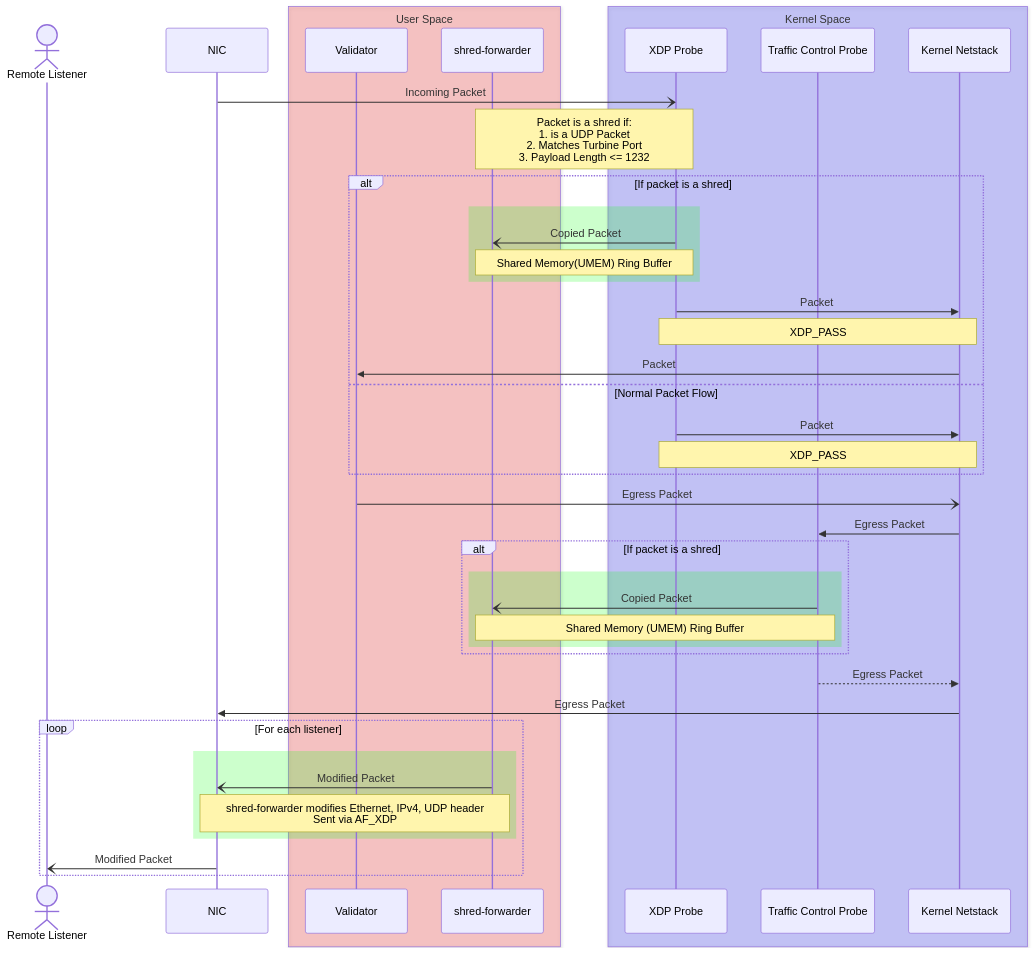
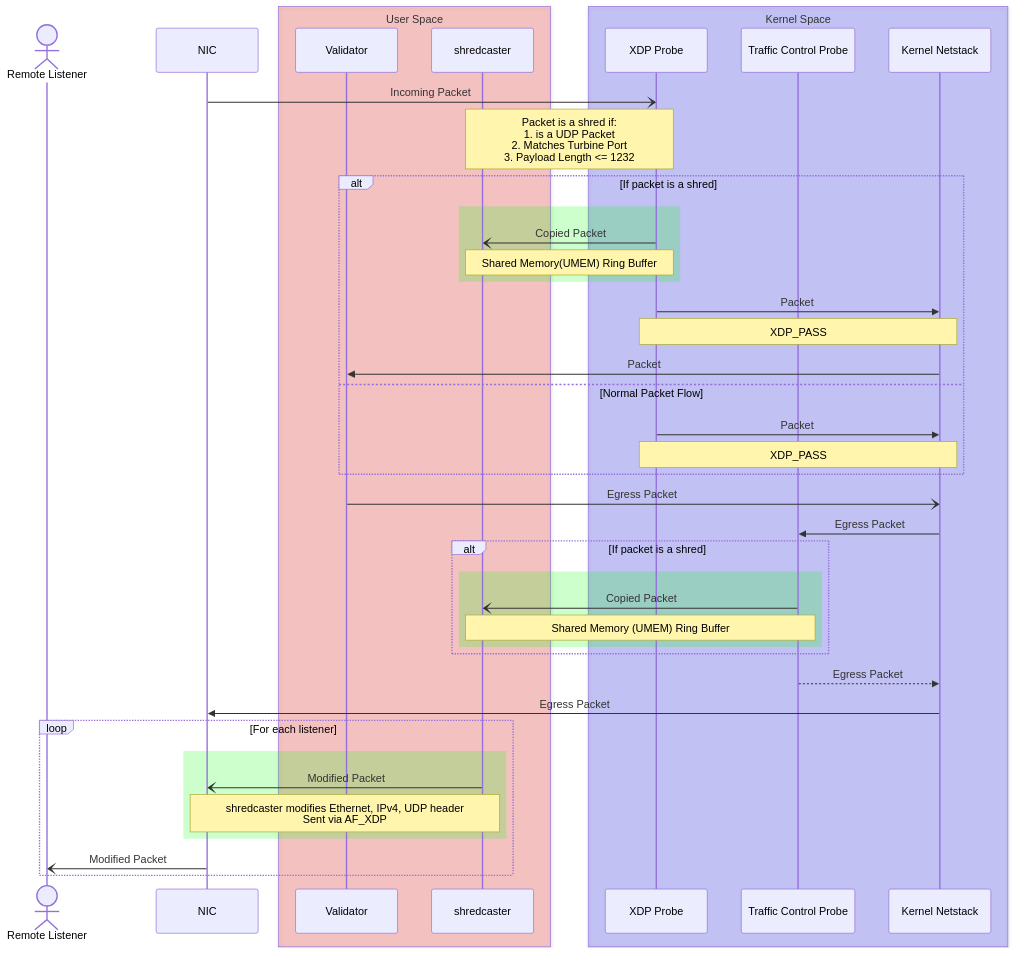
One commit to Overclock-Validator/shredcaster changed the diagram in README.md. Above: the diagram before and after it, drawn with Mermaid. The commit also changed other lines of this file and 6 other files, not shown here.

````diff
--- a/README.md
+++ b/README.md
@@ -7,49 +7,49 @@
 ```mermaid
 sequenceDiagram
     actor RL as Remote Listener
     participant NIC
 
     box rgba(255, 0, 0, 0.2) User Space
     participant V as Validator
-    participant SF as shred-forwarder
+    participant SC as shredcaster
     end
     box rgba(0, 0, 255, 0.2) Kernel Space
     participant XP as XDP Probe
     participant TC as Traffic Control Probe
     participant KN as Kernel Netstack
     end
 
     NIC -) XP: Incoming Packet
-    Note over SF,XP: Packet is a shred if:<br>1. is a UDP Packet<br>2. Matches Turbine Port<br>3. Payload Length <= 1232
+    Note over SC,XP: Packet is a shred if:<br>1. is a UDP Packet<br>2. Matches Turbine Port<br>3. Payload Length <= 1232
     alt If packet is a shred
         rect rgba(0, 255, 0, 0.2)
-        XP -) SF: Copied Packet
-        Note over XP,SF: Shared Memory(UMEM) Ring Buffer
+        XP -) SC: Copied Packet
+        Note over XP,SC: Shared Memory(UMEM) Ring Buffer
         end
         XP ->> KN: Packet
         Note over XP,KN: XDP_PASS
         KN ->> V: Packet
     else Normal Packet Flow
         XP ->> KN: Packet
         Note over XP,KN: XDP_PASS
     end
 
     V -) KN: Egress Packet
     KN ->> TC: Egress Packet
     alt If packet is a shred
         rect rgba(0, 255, 0, 0.2)
-        TC -) SF: Copied Packet
-        Note Over TC,SF: Shared Memory (UMEM) Ring Buffer
+        TC -) SC: Copied Packet
+        Note Over TC,SC: Shared Memory (UMEM) Ring Buffer
         end
     end
     TC -->> KN: Egress Packet
     KN ->> NIC: Egress Packet
 
     loop For each listener
         rect rgba(0, 255, 0, 0.2)
-        SF -) NIC: Modified Packet
-        Note over SF, NIC: shred-forwarder modifies Ethernet, IPv4, UDP header<br> Sent via AF_XDP
+        SC -) NIC: Modified Packet
+        Note over SC, NIC: shredcaster modifies Ethernet, IPv4, UDP header<br> Sent via AF_XDP
         end
         NIC -) RL: Modified Packet
     end
 ```
````
